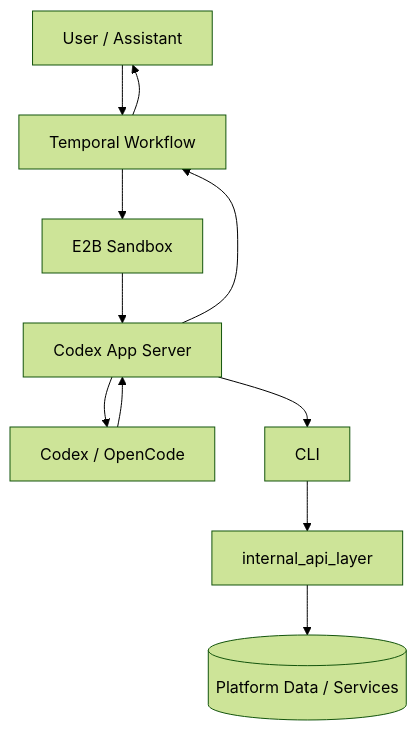
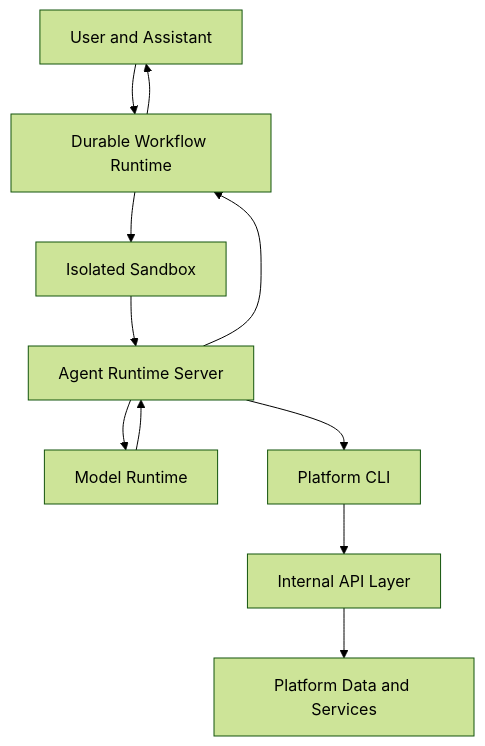
One commit to denyslazarenko/denyslazarenko.github.io changed the second of 2 diagrams in _posts/2026-06-26-from-tool-calling-agents-to-coding-agents-in-sandboxes.md. Above: the diagram before and after it, drawn with Mermaid (forest theme). The commit also changed other lines of this file and 2 other files, not shown here.

```diff
--- a/_posts/2026-06-26-from-tool-calling-agents-to-coding-agents-in-sandboxes.md
+++ b/_posts/2026-06-26-from-tool-calling-agents-to-coding-agents-in-sandboxes.md
@@ -379,21 +466,21 @@
 <pre class="mermaid">
 flowchart TD
-    Chat[User / Assistant]
-    Temporal[Temporal Workflow]
-    Sandbox[E2B Sandbox]
-    AppServer[Codex App Server]
-    Model[Codex / OpenCode]
-    CLI[CLI]
-    Internal[internal_api_layer]
-    Data[(Platform Data / Services)]
-    Chat --> Temporal
-    Temporal --> Sandbox
-    Sandbox --> AppServer
-    AppServer --> Model
-    Model --> AppServer
-    AppServer --> CLI
+    Chat[User and Assistant]
+    Workflow[Durable Workflow Runtime]
+    Sandbox[Isolated Sandbox]
+    AgentServer[Agent Runtime Server]
+    Model[Model Runtime]
+    CLI[Platform CLI]
+    Internal[Internal API Layer]
+    Data[Platform Data and Services]
+    Chat --> Workflow
+    Workflow --> Sandbox
+    Sandbox --> AgentServer
+    AgentServer --> Model
+    Model --> AgentServer
+    AgentServer --> CLI
     CLI --> Internal
     Internal --> Data
-    AppServer --> Temporal
-    Temporal --> Chat
+    AgentServer --> Workflow
+    Workflow --> Chat
 </pre>
```
